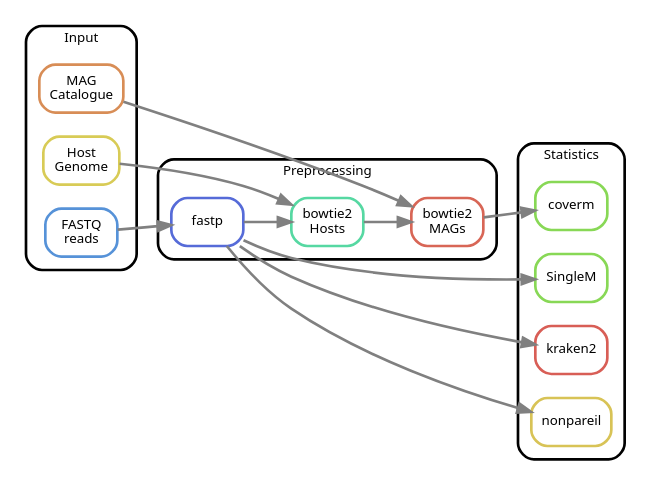
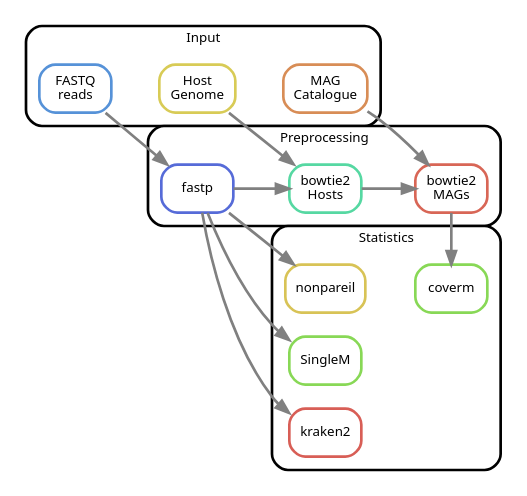
The diagram in rulegraph_simple.dot (3d-omics/bioinfo_detection_limit_test), drawn with Graphviz before and after one commit. The commit also changed 1 other file, not shown here.

```diff
--- a/rulegraph_simple.dot
+++ b/rulegraph_simple.dot
@@ -1,46 +1,51 @@
 digraph snakemake_dag {
+	newrank=true;
     rankdir=LR;
     graph[bgcolor=white, margin=0, compound=true];
     node[shape=box, style=rounded, fontname=sans, fontsize=10, penwidth=2];
     edge[penwidth=2, color=grey];
 
 
 
     subgraph cluster_0 {
         label = "Input";
         shape=box; style=rounded; fontname=sans; fontsize=10; penwidth=2; margin=10;
         reads        [label = "FASTQ\nreads", color = "0.59 0.6 0.85", style="rounded"];
 		mags         [label = "MAG\nCatalogue", color = "0.07 0.6 0.85", style="rounded"];
 	    reference    [label = "Host\nGenome", color = "0.15 0.6 0.85", style="rounded"];
     }
 
 	subgraph cluster_1 {
 		label = "Preprocessing";
+		rankdir = TB;
 		shape=box; style=rounded; fontname=sans; fontsize=10; penwidth=2; margin=10;
     	fastp        [label = "fastp", color = "0.64 0.6 0.85", style="rounded"];
     	bowtie2_host [label = "bowtie2\nHosts", color = "0.43 0.6 0.85", style="rounded"];
 	    bowtie2_mags [label = "bowtie2\nMAGs", color = "0.02 0.6 0.85", style="rounded"];
+		fastp -> bowtie2_host -> bowtie2_mags
 	}
 
 	subgraph cluster_2 {
 		label = "Statistics";
 		shape=box; style=rounded; fontname=sans; fontsize=10; penwidth=2; margin=10;
 		nonpareil    [label = "nonpareil", color = "0.14 0.6 0.85", style="rounded"];
 		coverm       [label = "coverm", color = "0.27 0.6 0.85", style="rounded"];
 		singlem      [label = "SingleM", color = "0.27 0.6 0.85", style="rounded"];
 		kraken2      [label = "kraken2", color = "0.01 0.6 0.85", style="rounded"];
 
 	}
 
+	{ rank=same; bowtie2_host; kraken2; nonpareil; singlem}
+	{ rank=same; bowtie2_mags; coverm}
+
+
     reads -> fastp
     reference -> bowtie2_host
     mags -> bowtie2_mags
 
     fastp -> kraken2
     fastp -> nonpareil
 	fastp -> singlem
-    fastp -> bowtie2_host
-    bowtie2_host -> bowtie2_mags
     bowtie2_mags -> coverm
 
 }
```
